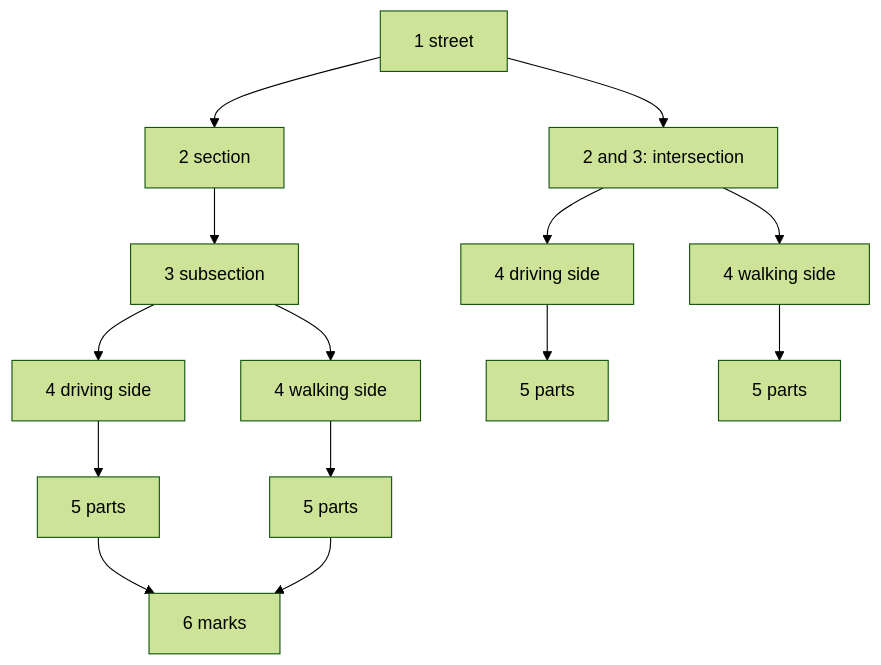
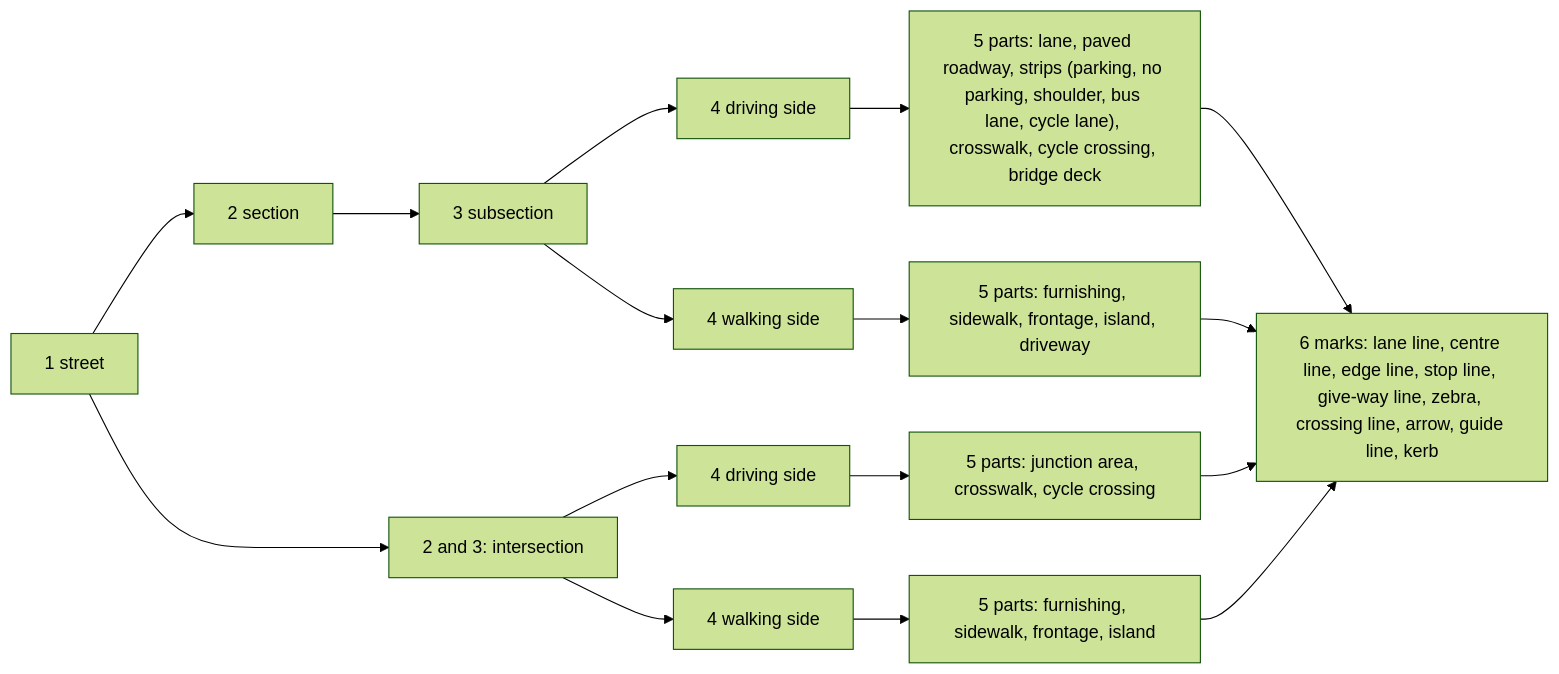
Before and after one commit to Khoshkhah/urbanstyle: the second of 4 diagrams in docs/design/steps.md, drawn with Mermaid (forest theme).

Commit message:
docs/design/steps.md: the part types in each rank-5 box, the mark types in the rank-6 box; the street diagram left to right

````diff
--- a/docs/design/steps.md
+++ b/docs/design/steps.md
@@ -47,16 +47,18 @@
 ```mermaid
-flowchart TD
+flowchart LR
     K1[1 street] --> SE[2 section]
     SE --> SU[3 subsection]
     K1 --> IN[2 and 3: intersection]
     SU --> D1[4 driving side]
     SU --> W1[4 walking side]
     IN --> D2[4 driving side]
     IN --> W2[4 walking side]
-    D1 --> P1[5 parts]
-    W1 --> P2[5 parts]
-    D2 --> P3[5 parts]
-    W2 --> P4[5 parts]
-    P1 --> M[6 marks]
+    D1 --> P1["5 parts: lane, paved roadway, strips (parking, no parking, shoulder, bus lane, cycle lane), crosswalk, cycle crossing, bridge deck"]
+    W1 --> P2["5 parts: furnishing, sidewalk, frontage, island, driveway"]
+    D2 --> P3["5 parts: junction area, crosswalk, cycle crossing"]
+    W2 --> P4["5 parts: furnishing, sidewalk, frontage, island"]
+    P1 --> M["6 marks: lane line, centre line, edge line, stop line, give-way line, zebra, crossing line, arrow, guide line, kerb"]
     P2 --> M
+    P3 --> M
+    P4 --> M
 ```
````
